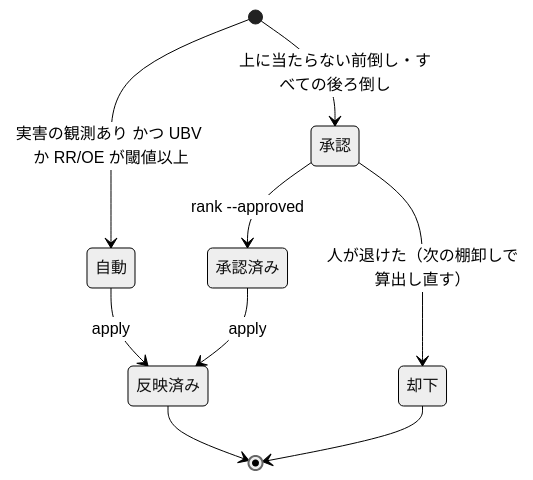
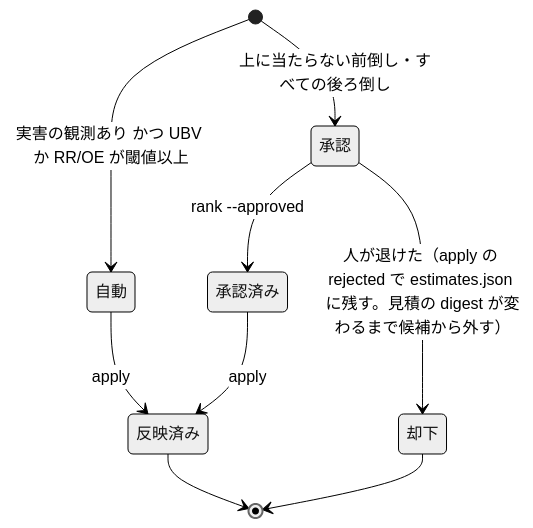
Before and after one commit to devbasex/ai-plugins: the fifth of 5 diagrams in issues/issue-1429-design.md, drawn with Mermaid (neutral theme). The commit also changed other lines of this file and 3 other files, not shown here.

````diff
--- a/issues/issue-1429-design.md
+++ b/issues/issue-1429-design.md
@@ -394,11 +396,11 @@
 ```mermaid
 stateDiagram-v2
     [*] --> 自動: 実害の観測あり かつ UBV か RR/OE が閾値以上
     [*] --> 承認: 上に当たらない前倒し・すべての後ろ倒し
     承認 --> 承認済み: rank --approved
-    承認 --> 却下: 人が退けた（次の棚卸しで算出し直す）
+    承認 --> 却下: 人が退けた（apply の rejected で estimates.json に残す。見積の digest が変わるまで候補から外す）
     自動 --> 反映済み: apply
     承認済み --> 反映済み: apply
     反映済み --> [*]
     却下 --> [*]
 ```
````
